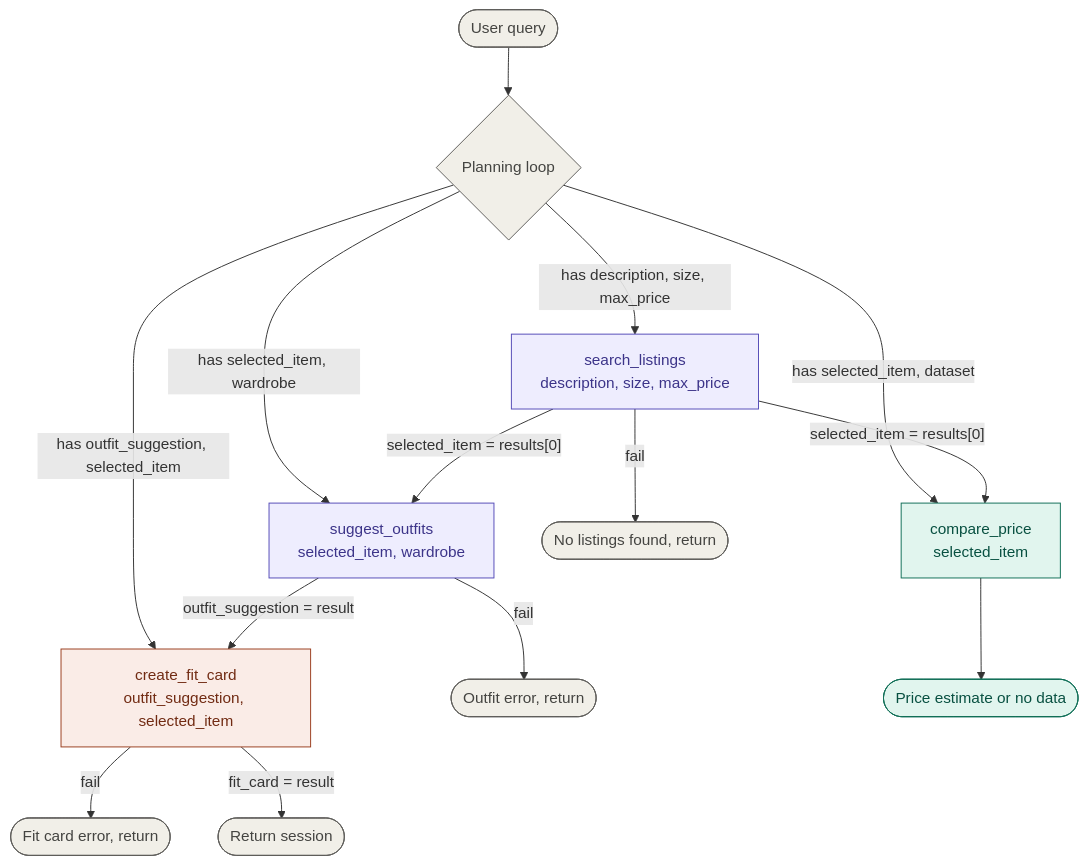
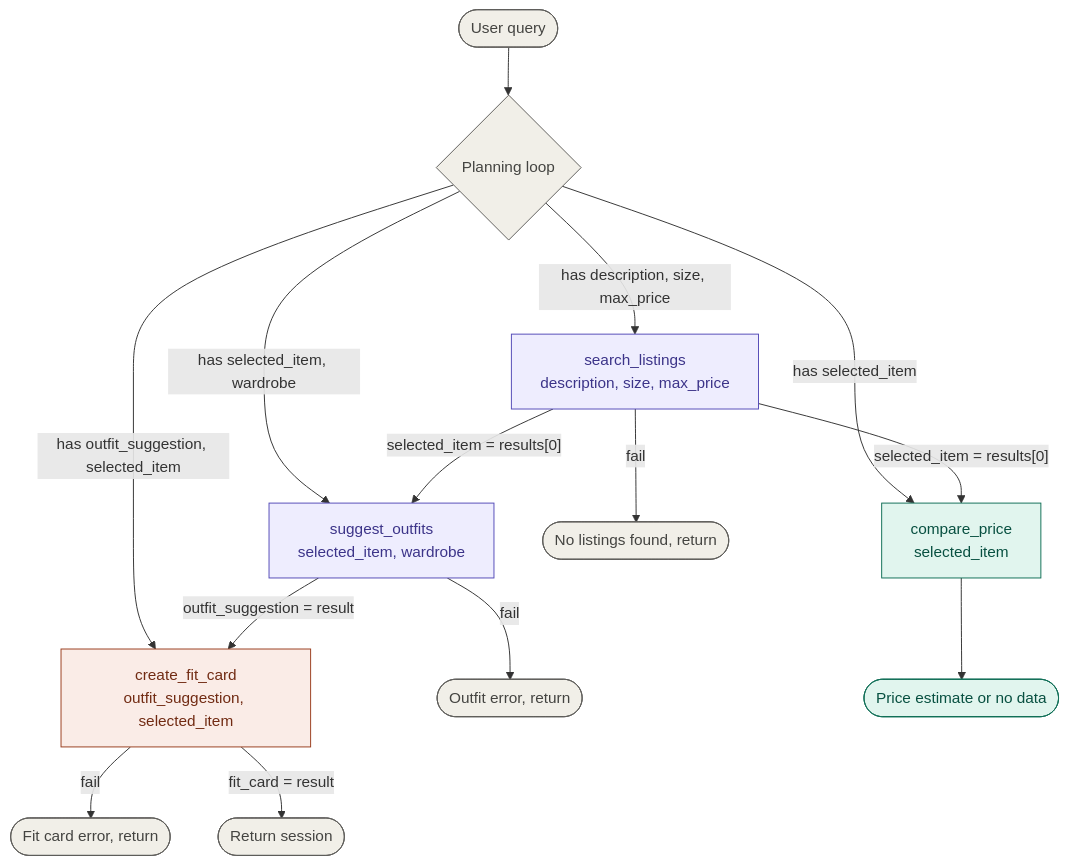
The diagram in planning.md (cre24/ai201-project2-fitfindr-starter), drawn with Mermaid before and after one commit. The commit also changed other lines of this file and 6 other files, not shown here.

````diff
--- a/planning.md
+++ b/planning.md
@@ -124,33 +193,33 @@
 ```mermaid
 flowchart TD
     A([User query]) --> B{Planning loop}
 
     B -->|"has description, size, max_price"| C["search_listings\ndescription, size, max_price"]
     B -->|"has selected_item, wardrobe"| E["suggest_outfits\nselected_item, wardrobe"]
     B -->|"has outfit_suggestion, selected_item"| G["create_fit_card\noutfit_suggestion, selected_item"]
-    B -->|"has selected_item, dataset"| F["compare_price\nselected_item"]
+    B -->|"has selected_item"| F["compare_price\nselected_item"]
 
     C -->|fail| D([No listings found, return])
     C -->|"selected_item = results[0]"| E
     C -->|"selected_item = results[0]"| F
 
     E -->|fail| D2([Outfit error, return])
     E -->|"outfit_suggestion = result"| G
 
     G -->|fail| D3([Fit card error, return])
     G -->|"fit_card = result"| H([Return session])
 
     F --> I([Price estimate or no data])
 
     style B fill:#F1EFE8,stroke:#5F5E5A,color:#444441
     style C fill:#EEEDFE,stroke:#534AB7,color:#3C3489
     style E fill:#EEEDFE,stroke:#534AB7,color:#3C3489
     style G fill:#FAECE7,stroke:#993C1D,color:#712B13
     style F fill:#E1F5EE,stroke:#0F6E56,color:#085041
     style A fill:#F1EFE8,stroke:#5F5E5A,color:#444441
     style D fill:#F1EFE8,stroke:#5F5E5A,color:#444441
     style D2 fill:#F1EFE8,stroke:#5F5E5A,color:#444441
     style D3 fill:#F1EFE8,stroke:#5F5E5A,color:#444441
     style H fill:#F1EFE8,stroke:#5F5E5A,color:#444441
     style I fill:#E1F5EE,stroke:#0F6E56,color:#085041
 ```
````
